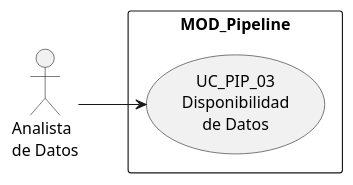
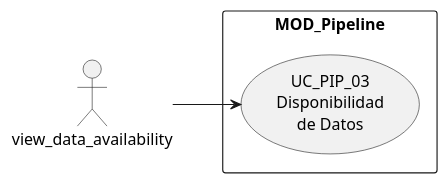
One commit to jcg-admin/IACT-docs changed the first of 4 diagrams in source/requisitos/casos-uso/pipeline/uc-pip-03/diagramas-uml.rst. Above: the diagram before and after it, drawn with PlantUML. The commit also changed 77 other files, not shown here.

First line of the commit message:
Enforce RBAC function names as actors in all UML diagrams

```diff
--- a/source/requisitos/casos-uso/pipeline/uc-pip-03/diagramas-uml.rst
+++ b/source/requisitos/casos-uso/pipeline/uc-pip-03/diagramas-uml.rst
@@ -10,10 +10,10 @@
 .. uml::
 
  @startuml
  left to right direction
- actor "Analista\nde Datos" as USR
+ actor "view_data_availability" as USR
  rectangle "MOD_Pipeline" {
    usecase "UC_PIP_03\nDisponibilidad\nde Datos" as UC03
  }
  USR --> UC03
  @enduml
```
